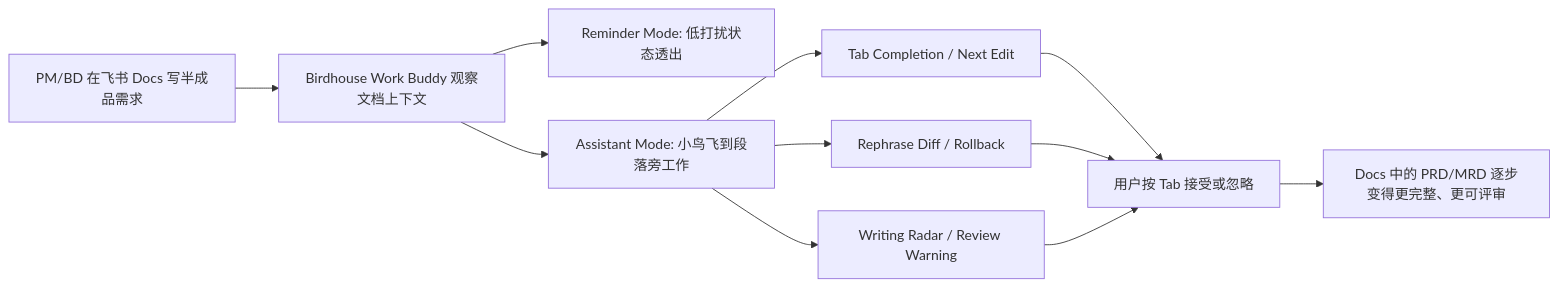
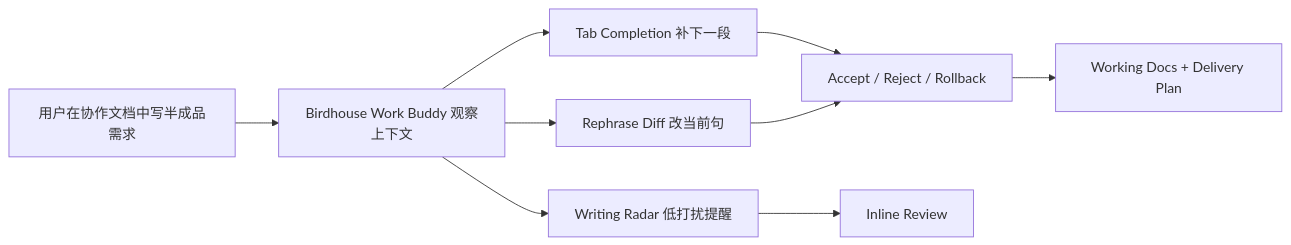
The diagram in README.md (ShenXiexs/ETF-Monitoring-Agent), drawn with Mermaid before and after one commit. The commit also changed other lines of this file and 13 other files, not shown here.

````diff
--- a/README.md
+++ b/README.md
@@ -58,13 +60,11 @@
 ```mermaid
 flowchart LR
-    A["PM/BD 在飞书 Docs 写半成品需求"] --> B["Birdhouse Work Buddy 观察文档上下文"]
-    B --> C["Reminder Mode: 低打扰状态透出"]
-    B --> D["Assistant Mode: 小鸟飞到段落旁工作"]
-    D --> E["Tab Completion / Next Edit"]
-    D --> F["Rephrase Diff / Rollback"]
-    D --> G["Writing Radar / Review Warning"]
-    E --> H["用户按 Tab 接受或忽略"]
-    F --> H
-    G --> H
-    H --> I["Docs 中的 PRD/MRD 逐步变得更完整、更可评审"]
+    A["用户在协作文档中写半成品需求"] --> B["Birdhouse Work Buddy 观察上下文"]
+    B --> C["Tab Completion 补下一段"]
+    B --> D["Rephrase Diff 改当前句"]
+    B --> E["Writing Radar 低打扰提醒"]
+    C --> F["Accept / Reject / Rollback"]
+    D --> F
+    E --> G["Inline Review"]
+    F --> H["Working Docs + Delivery Plan"]
 ```
````
